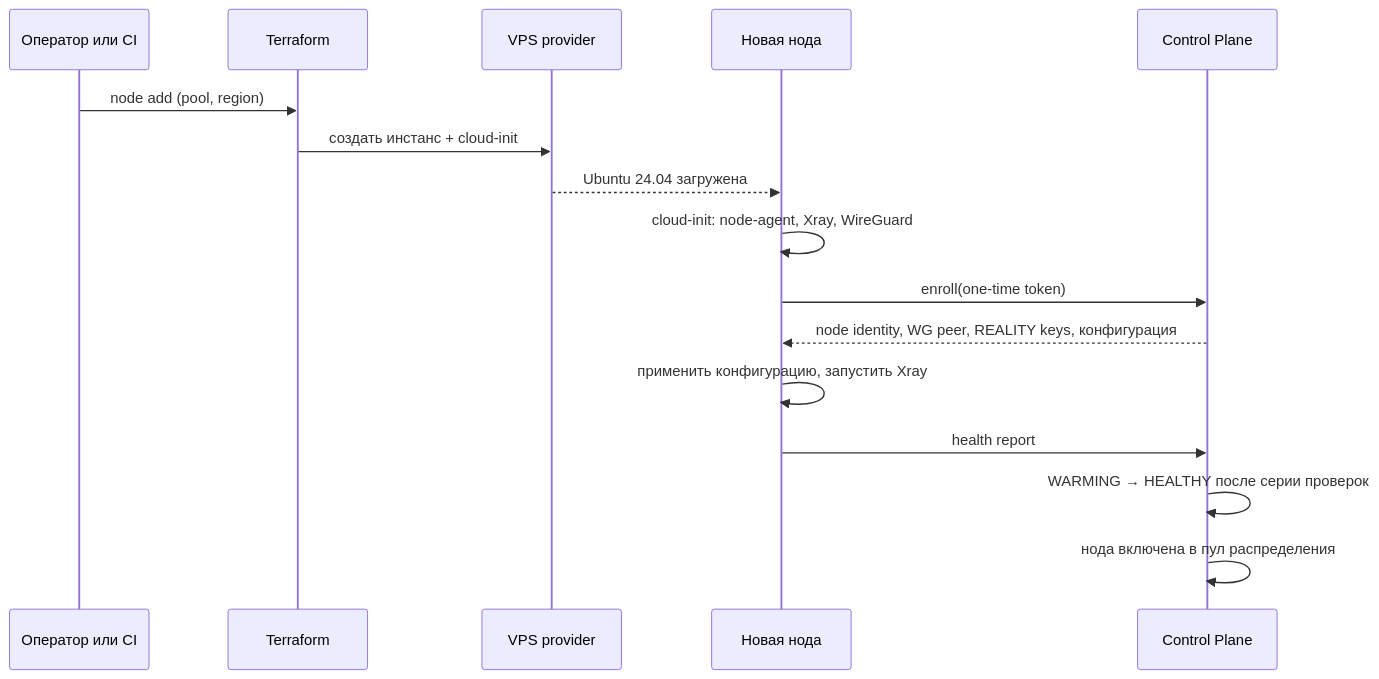
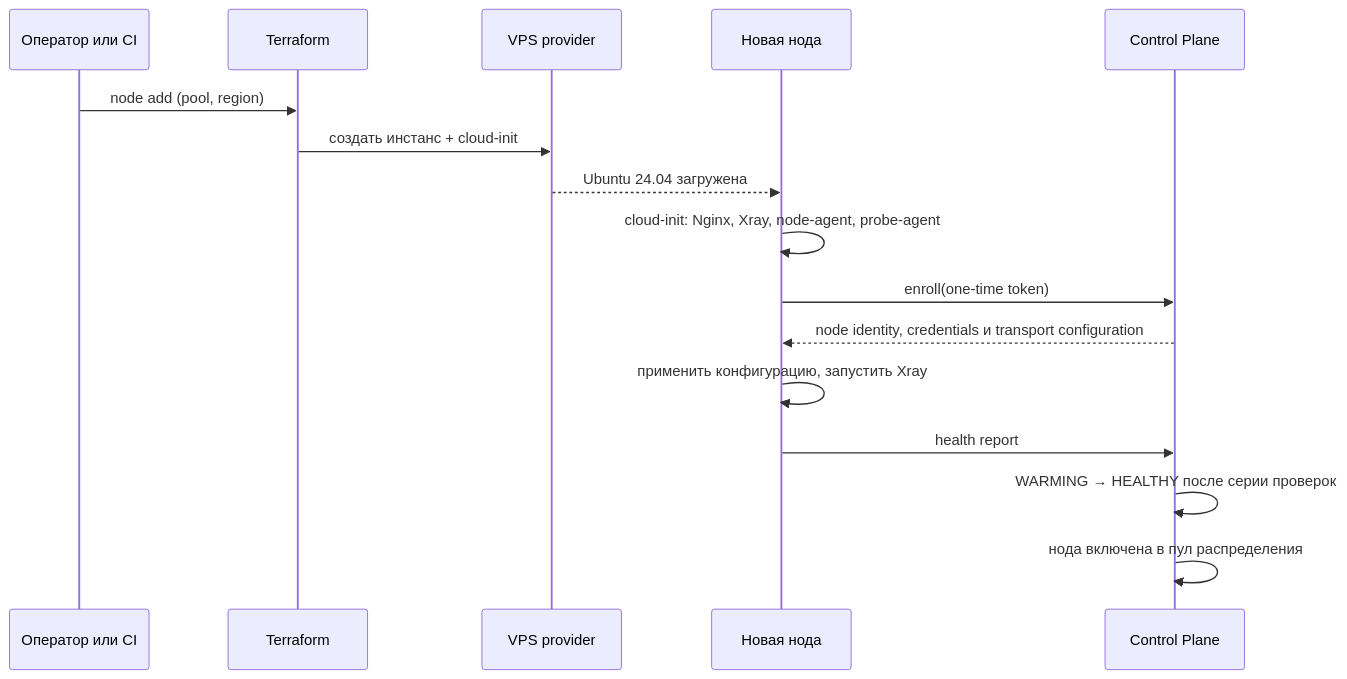
Before and after one commit to ai-zaytsev/simple: the second of 2 diagrams in docs/architecture/node-lifecycle.md, drawn with Mermaid. The commit also changed 35 other files, not shown here.

````diff
--- a/docs/architecture/node-lifecycle.md
+++ b/docs/architecture/node-lifecycle.md
@@ -41,19 +41,19 @@
 ```mermaid
 sequenceDiagram
     participant OP as Оператор или CI
     participant TF as Terraform
     participant P as VPS provider
     participant N as Новая нода
     participant CP as Control Plane
 
     OP->>TF: node add (pool, region)
     TF->>P: создать инстанс + cloud-init
     P-->>N: Ubuntu 24.04 загружена
-    N->>N: cloud-init: node-agent, Xray, WireGuard
+    N->>N: cloud-init: Nginx, Xray, node-agent, probe-agent
     N->>CP: enroll(one-time token)
-    CP-->>N: node identity, WG peer, REALITY keys, конфигурация
+    CP-->>N: node identity, credentials и transport configuration
     N->>N: применить конфигурацию, запустить Xray
     N->>CP: health report
     CP->>CP: WARMING → HEALTHY после серии проверок
     CP->>CP: нода включена в пул распределения
 ```
````
